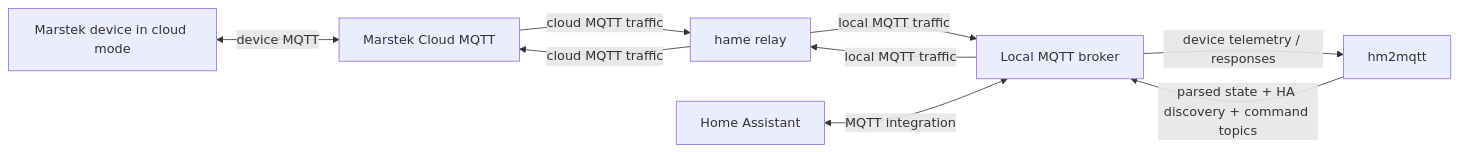
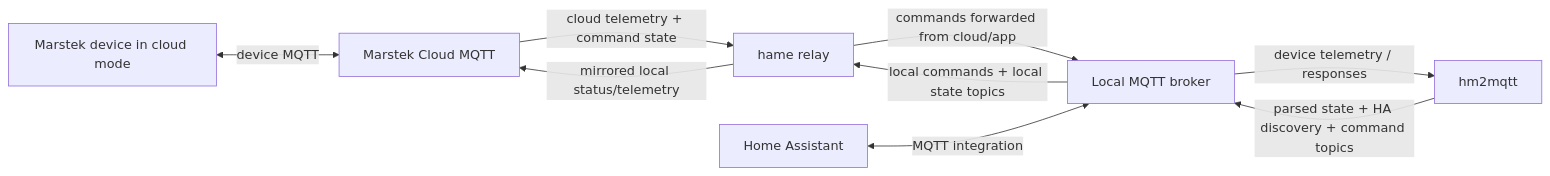
The second of 2 diagrams in README.md (tomquist/hm2mqtt), drawn with Mermaid before and after one commit. The commit also changed other lines of this file, not shown here.

Commit message:
docs: make hame-relay edge labels direction-specific

````diff
--- a/README.md
+++ b/README.md
@@ -80,11 +80,11 @@
 ```mermaid
 flowchart LR
     Device[Marstek device in cloud mode] <-->|device MQTT| CloudMQTT[Marstek Cloud MQTT]
-    CloudMQTT -->|cloud MQTT traffic| Relay[hame relay]
-    Relay -->|cloud MQTT traffic| CloudMQTT
-    Broker[Local MQTT broker] -->|local MQTT traffic| Relay
-    Relay -->|local MQTT traffic| Broker
+    CloudMQTT -->|cloud telemetry + command state| Relay[hame relay]
+    Relay -->|mirrored local status/telemetry| CloudMQTT
+    Broker[Local MQTT broker] -->|local commands + local state topics| Relay
+    Relay -->|commands forwarded from cloud/app| Broker
     Broker -->|device telemetry / responses| HM2MQTT[hm2mqtt]
     HM2MQTT -->|parsed state + HA discovery + command topics| Broker
     HA[Home Assistant] <-->|MQTT integration| Broker
 ```
````
